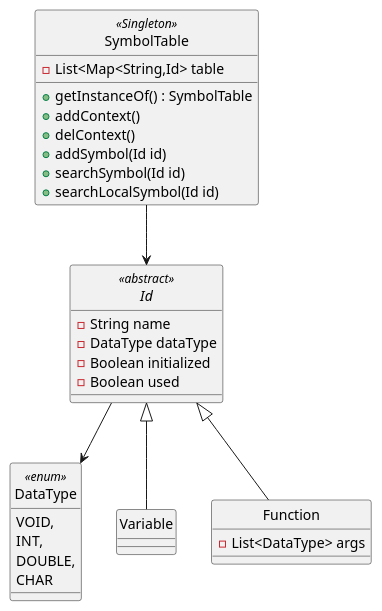
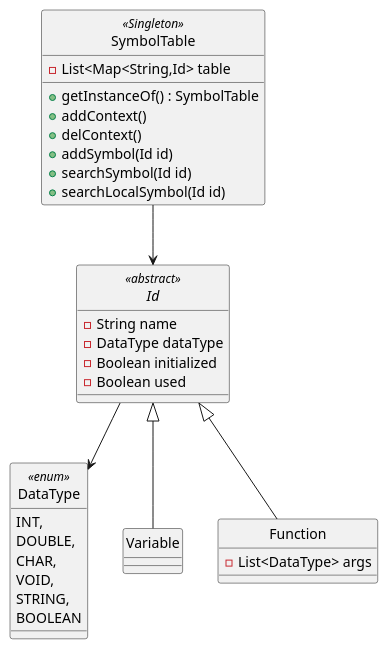
One commit to manugcr/Compiladores changed the diagram in proyectobase/UML/symbolTable.puml. Above: the diagram before and after it, drawn with PlantUML. The commit also changed 16 other files, not shown here.

```diff
--- a/proyectobase/UML/symbolTable.puml
+++ b/proyectobase/UML/symbolTable.puml
@@ -1,40 +1,42 @@
 @startuml SymbolTable
 
 hide circle
 
 class SymbolTable <<Singleton>> {
     - List<Map<String,Id> table 
     + getInstanceOf() : SymbolTable
     + addContext()
     + delContext()
     + addSymbol(Id id)
     + searchSymbol(Id id)
     + searchLocalSymbol(Id id)
 }
 
 enum DataType <<enum>> {
-    VOID, 
     INT,
     DOUBLE,
-    CHAR
+    CHAR,
+    VOID, 
+    STRING,
+    BOOLEAN
 }
 
 abstract class Id <<abstract>> {
     - String name
     - DataType dataType
     - Boolean initialized
     - Boolean used
 }
 
 class Variable {}
 
 class Function {
     - List<DataType> args
 }
 
 SymbolTable --> Id
 
 Id <|-- Variable
 Id <|-- Function
 Id --> DataType
 @enduml
```
